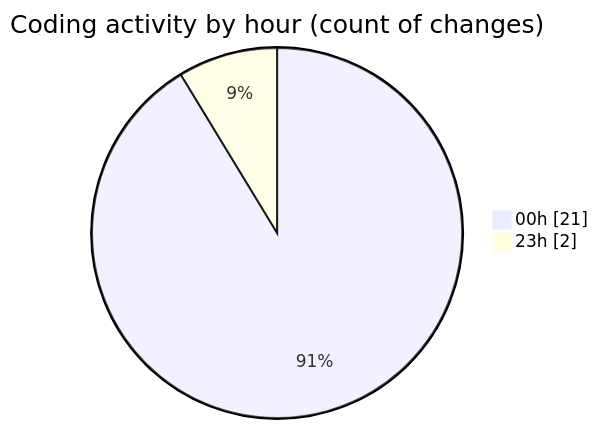
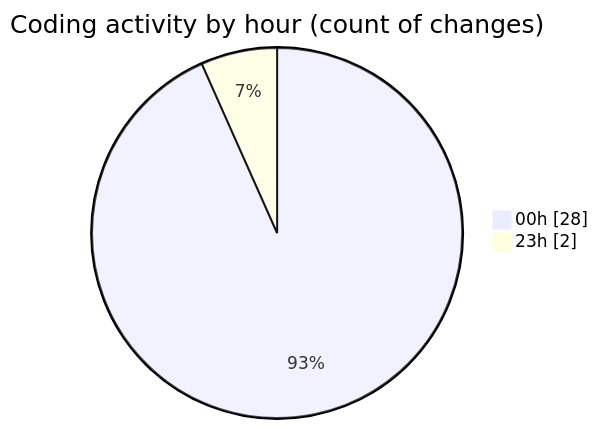
The second of 2 diagrams in 2025-10-10/eventscop-frontend-guide__workspace_/README.md (julien-gomy/code-tracking), drawn with Mermaid before and after one commit. The commit also changed other lines of this file and 1 other file, not shown here.

````diff
--- a/2025-10-10/eventscop-frontend-guide__workspace_/README.md
+++ b/2025-10-10/eventscop-frontend-guide__workspace_/README.md
@@ -29,6 +29,6 @@
 ```mermaid
 pie showData
 title Coding activity by hour (count of changes)
-"00h" : 21
+"00h" : 28
 "23h" : 2
 ```
````
